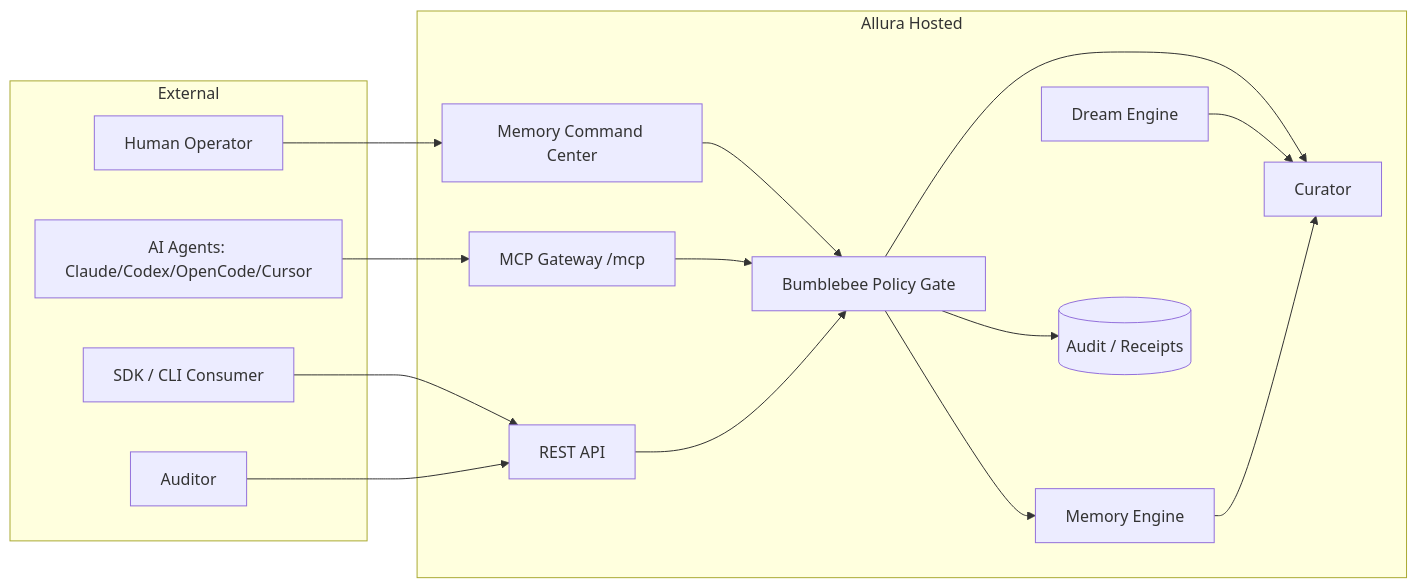
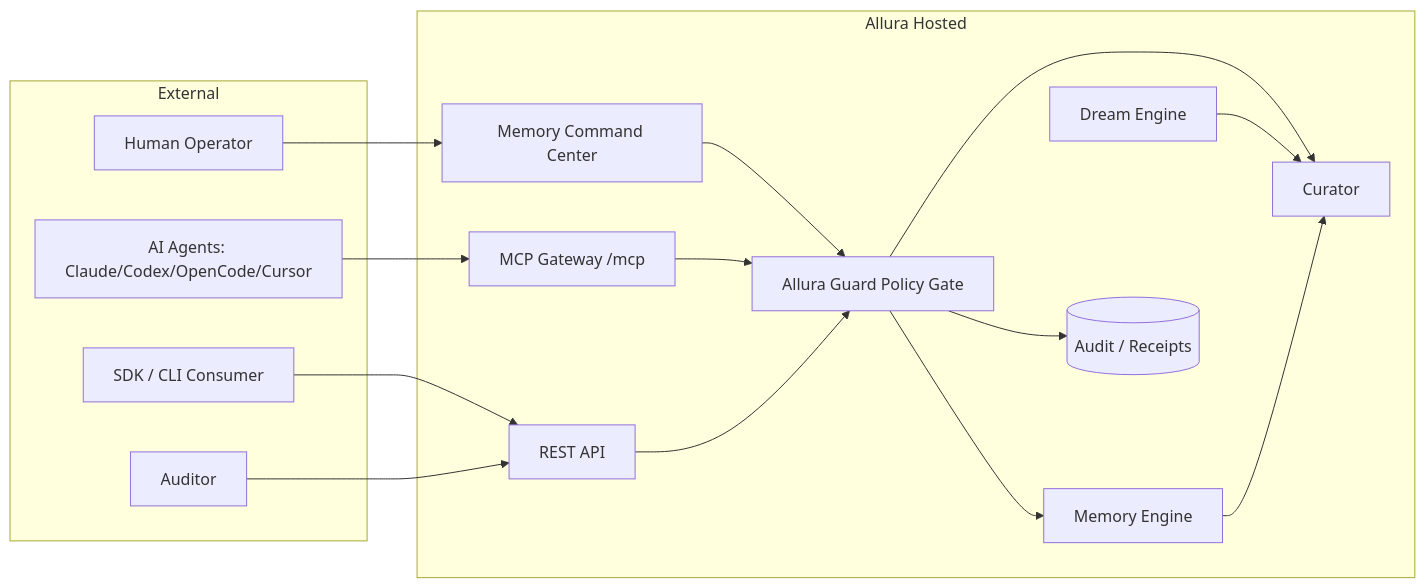
One commit to Allura-Ecosystem/Allura_Memory changed the first of 5 diagrams in docs/allura-hosted/SOLUTION-ARCHITECTURE.md. Above: the diagram before and after it, drawn with Mermaid. The commit also changed other lines of this file and 23 other files, not shown here.

First line of the commit message:
docs(hosted): rename Bumblebee->Allura Guard; reserve Bumblebee for scanner

````diff
--- a/docs/allura-hosted/SOLUTION-ARCHITECTURE.md
+++ b/docs/allura-hosted/SOLUTION-ARCHITECTURE.md
@@ -32,31 +32,31 @@
 ```mermaid
 graph LR
   subgraph External
     H[Human Operator]
     AG[AI Agents: Claude/Codex/OpenCode/Cursor]
     DEV[SDK / CLI Consumer]
     AUD[Auditor]
   end
   subgraph Allura Hosted
     CC[Memory Command Center]
     GW[MCP Gateway /mcp]
     API[REST API]
-    BB[Bumblebee Policy Gate]
+    BB[Allura Guard Policy Gate]
     ME[Memory Engine]
     CUR[Curator]
     DRE[Dream Engine]
     AUDIT[(Audit / Receipts)]
   end
   H --> CC
   AG --> GW
   DEV --> API
   AUD --> API
   CC --> BB
   GW --> BB
   API --> BB
   BB --> ME
   BB --> CUR
   BB --> AUDIT
   DRE --> CUR
   ME --> CUR
 ```
````
